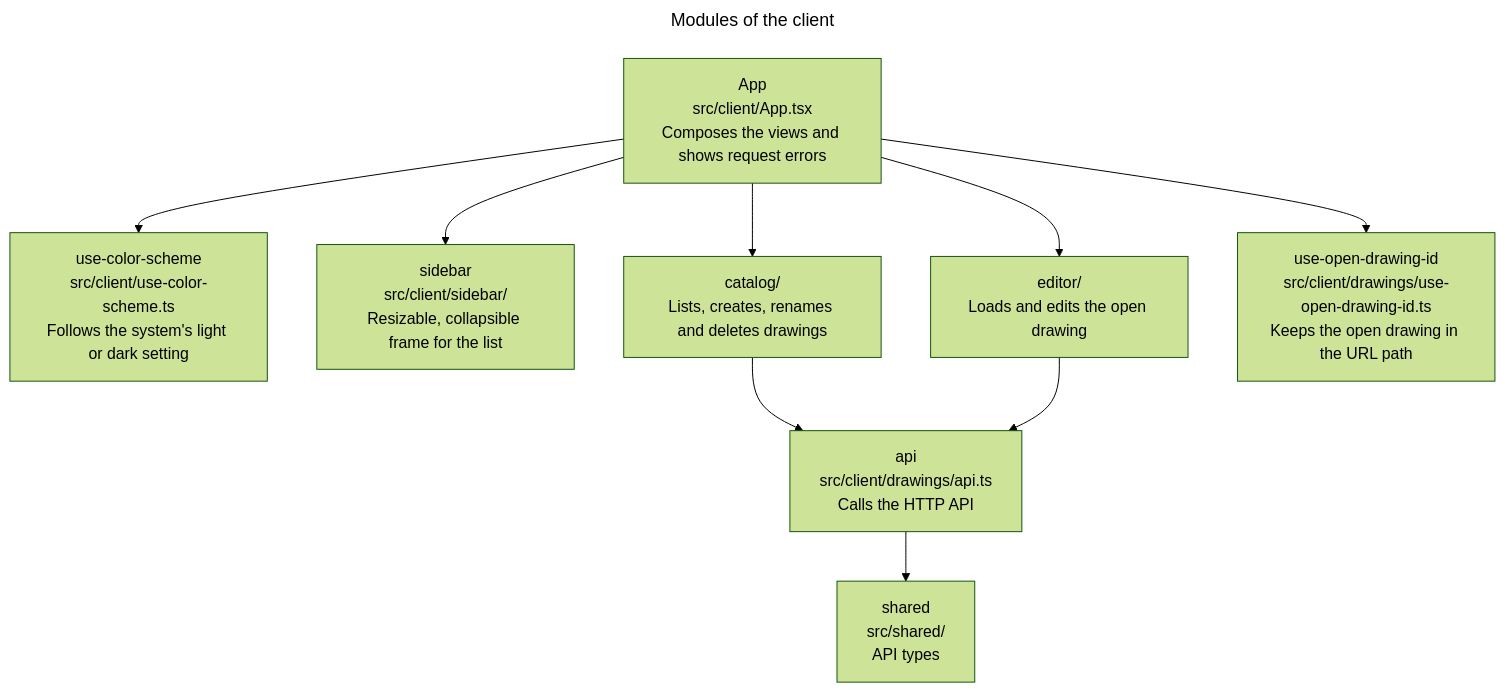
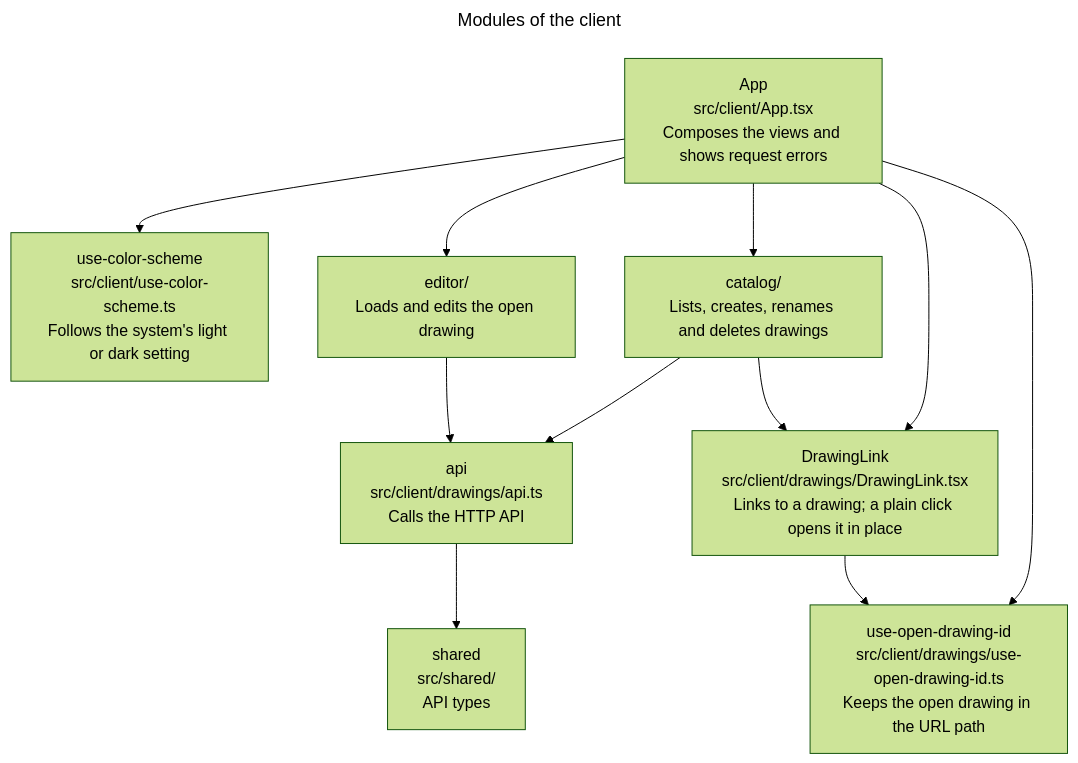
The fifth of 10 diagrams in docs/architecture/architecture.md (remshams/excalidraw-dashboard), drawn with Mermaid (forest theme) before and after one commit. The commit also changed other lines of this file and 1 other file, not shown here.

Commit message:
docs(Architecture): describe the landing page and the editor view

````diff
--- a/docs/architecture/architecture.md
+++ b/docs/architecture/architecture.md
@@ -112,18 +111,19 @@
 ```mermaid
 ---
 title: Modules of the client
 ---
 flowchart TD
     app["App<br>src/client/App.tsx<br>Composes the views and shows request errors"]:::module
     scheme["use-color-scheme<br>src/client/use-color-scheme.ts<br>Follows the system's light or dark setting"]:::module
-    sidebar["sidebar<br>src/client/sidebar/<br>Resizable, collapsible frame for the list"]:::module
     catalog["catalog/<br>Lists, creates, renames and deletes drawings"]:::group
     editor["editor/<br>Loads and edits the open drawing"]:::group
     openId["use-open-drawing-id<br>src/client/drawings/use-open-drawing-id.ts<br>Keeps the open drawing in the URL path"]:::module
+    link["DrawingLink<br>src/client/drawings/DrawingLink.tsx<br>Links to a drawing; a plain click opens it in place"]:::module
     api["api<br>src/client/drawings/api.ts<br>Calls the HTTP API"]:::module
     shared["shared<br>src/shared/<br>API types"]:::module
-    app --> scheme & sidebar & catalog & editor & openId
-    catalog --> api
+    app --> scheme & catalog & editor & openId & link
+    catalog --> api & link
+    link --> openId
     editor --> api
     api --> shared
 ```
````
